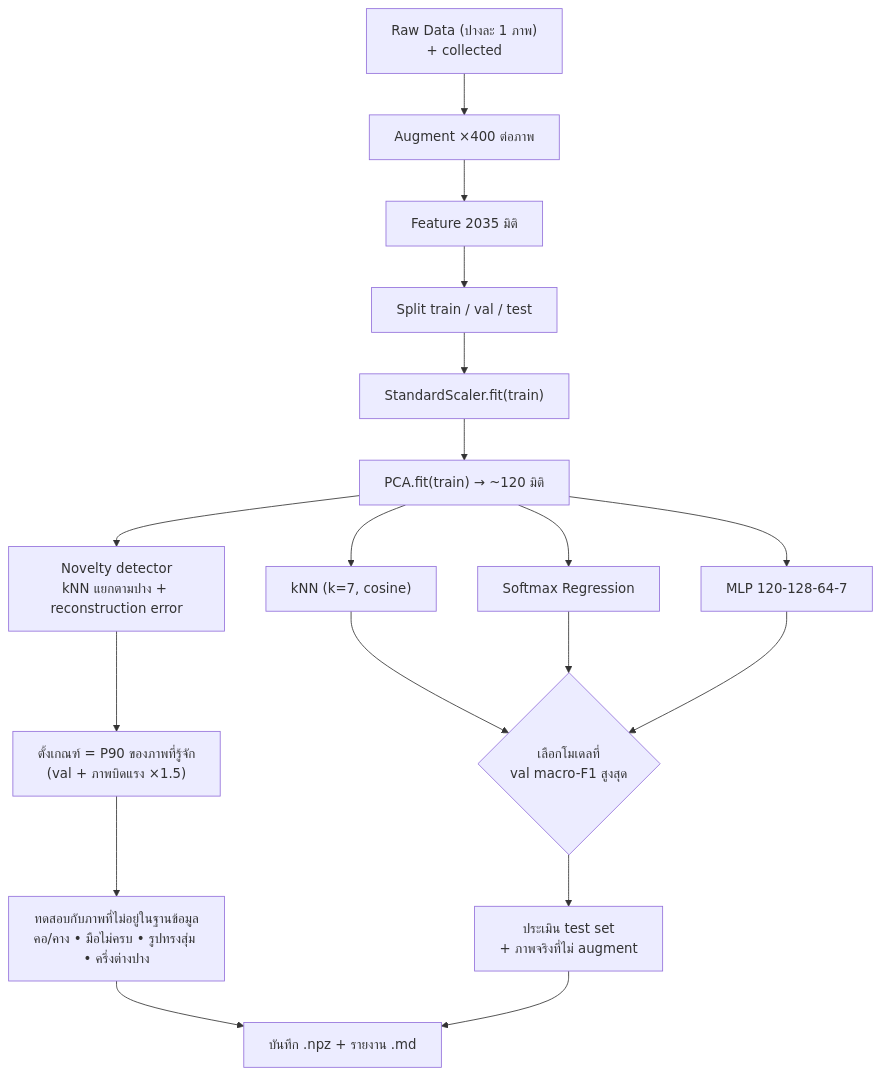
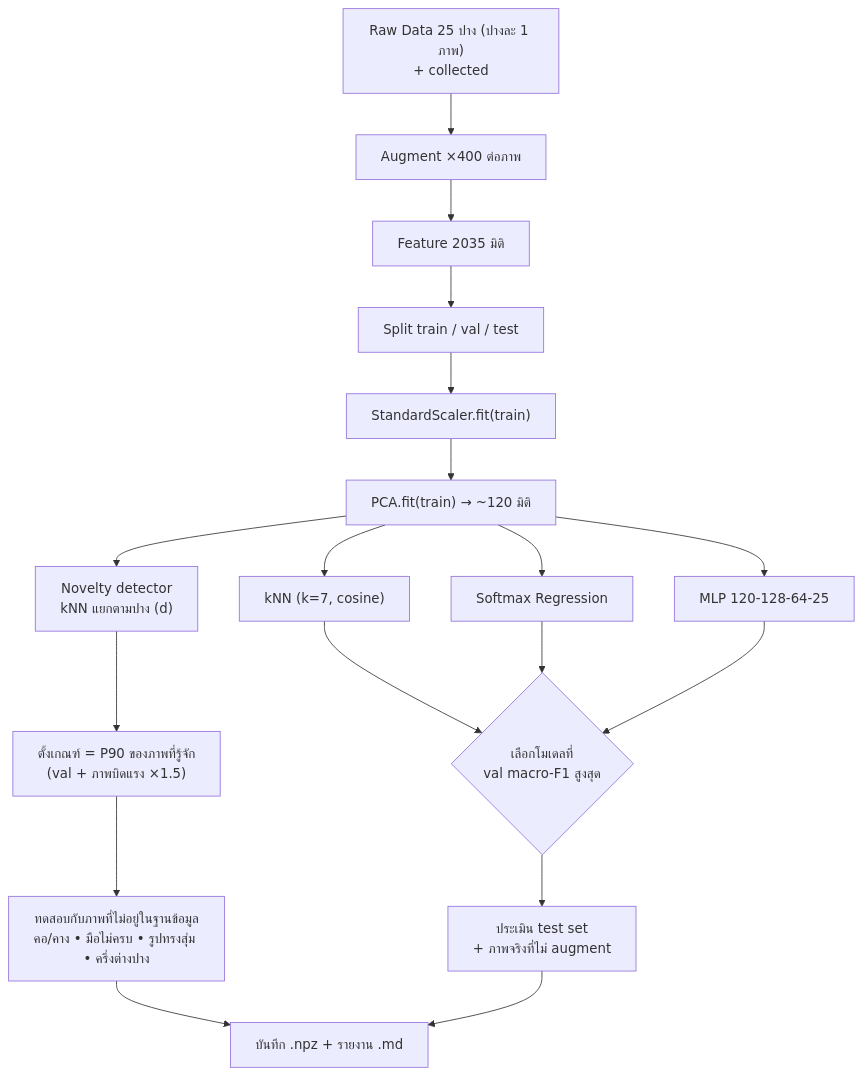
Before and after one commit to money-trade/Hand: the third of 3 diagrams in README.md, drawn with Mermaid. The commit also changed other lines of this file and 18 other files, not shown here.

````diff
--- a/README.md
+++ b/README.md
@@ -188,20 +206,20 @@
 ```mermaid
 flowchart TD
-    R["Raw Data (ปางละ 1 ภาพ)<br/>+ collected"] --> AUG["Augment ×400 ต่อภาพ"]
+    R["Raw Data 25 ปาง (ปางละ 1 ภาพ)<br/>+ collected"] --> AUG["Augment ×400 ต่อภาพ"]
     AUG --> FE["Feature 2035 มิติ"]
     FE --> SP["Split train / val / test"]
     SP --> SC["StandardScaler.fit(train)"]
     SC --> PCA["PCA.fit(train) → ~120 มิติ"]
     PCA --> M1["kNN (k=7, cosine)"]
     PCA --> M2["Softmax Regression"]
-    PCA --> M3["MLP 120-128-64-7"]
+    PCA --> M3["MLP 120-128-64-25"]
     M1 --> SEL{"เลือกโมเดลที่<br/>val macro-F1 สูงสุด"}
     M2 --> SEL
     M3 --> SEL
-    PCA --> NOV["Novelty detector<br/>kNN แยกตามปาง + reconstruction error"]
+    PCA --> NOV["Novelty detector<br/>kNN แยกตามปาง (d)"]
     NOV --> CAL["ตั้งเกณฑ์ = P90 ของภาพที่รู้จัก<br/>(val + ภาพบิดแรง ×1.5)"]
     CAL --> UT["ทดสอบกับภาพที่ไม่อยู่ในฐานข้อมูล<br/>คอ/คาง • มือไม่ครบ • รูปทรงสุ่ม • ครึ่งต่างปาง"]
     SEL --> TE["ประเมิน test set<br/>+ ภาพจริงที่ไม่ augment"]
     UT --> SAVE
     TE --> SAVE["บันทึก .npz + รายงาน .md"]
 ```
````
